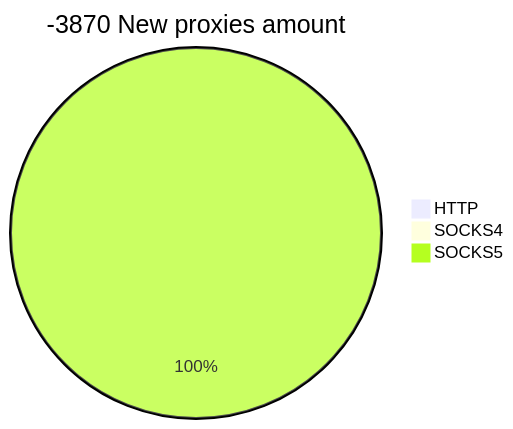
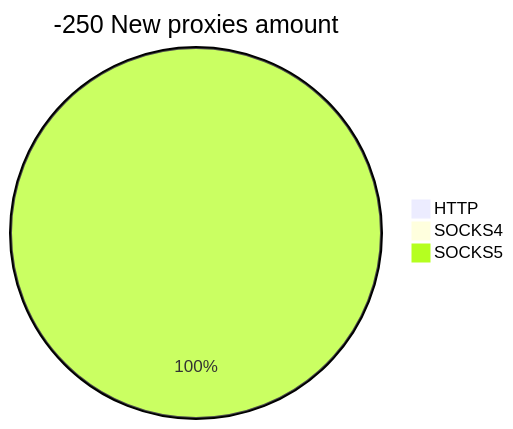
Before and after one commit to cutipu/proxylist: the second of 2 diagrams in README.md, drawn with Mermaid. The commit also changed other lines of this file, not shown here.

````diff
--- a/README.md
+++ b/README.md
@@ -10,6 +10,6 @@
 ```mermaid
-pie title -3870 New proxies amount
+pie title -250 New proxies amount
     "HTTP" : 0
     "SOCKS4" : 0
-    "SOCKS5" : 2
+    "SOCKS5" : 9
 ```
````
